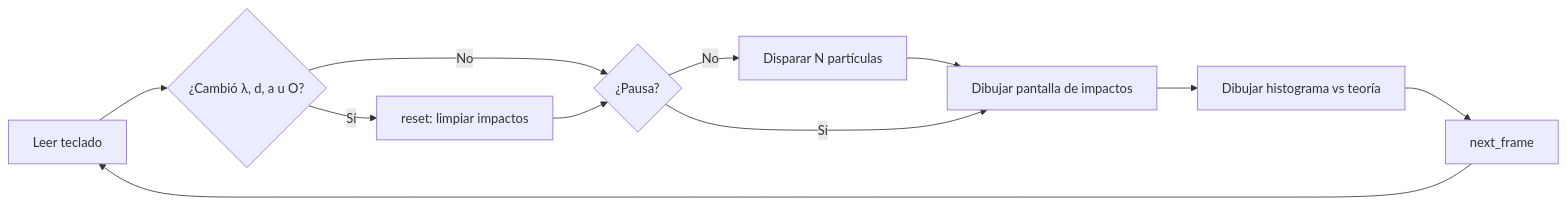
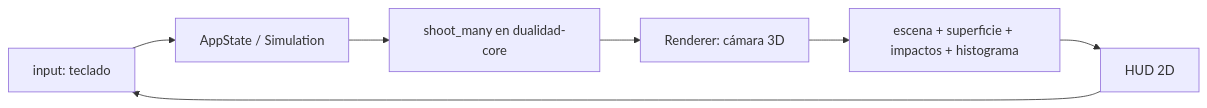
One commit to omarPVP123131/Dualidad-Onda-Fisica changed the diagram in docs/03-arquitectura-actual.md. Above: the diagram before and after it, drawn with Mermaid. The commit also changed other lines of this file and 55 other files, not shown here.

````diff
--- a/docs/03-arquitectura-actual.md
+++ b/docs/03-arquitectura-actual.md
@@ -28,13 +55,9 @@
 ```mermaid
 flowchart LR
-    A[Leer teclado] --> B{¿Cambió λ, d, a u O?}
-    B -- Sí --> C[reset: limpiar impactos]
-    B -- No --> D
-    C --> D{¿Pausa?}
-    D -- No --> E[Disparar N partículas]
-    E --> F[Dibujar pantalla de impactos]
-    D -- Sí --> F
-    F --> G[Dibujar histograma vs teoría]
-    G --> H[next_frame]
-    H --> A
+    A[input: teclado] --> B[AppState / Simulation]
+    B --> C[shoot_many en dualidad-core]
+    C --> D[Renderer: cámara 3D]
+    D --> E[escena + superficie + impactos + histograma]
+    E --> F[HUD 2D]
+    F --> A
 ```
````
